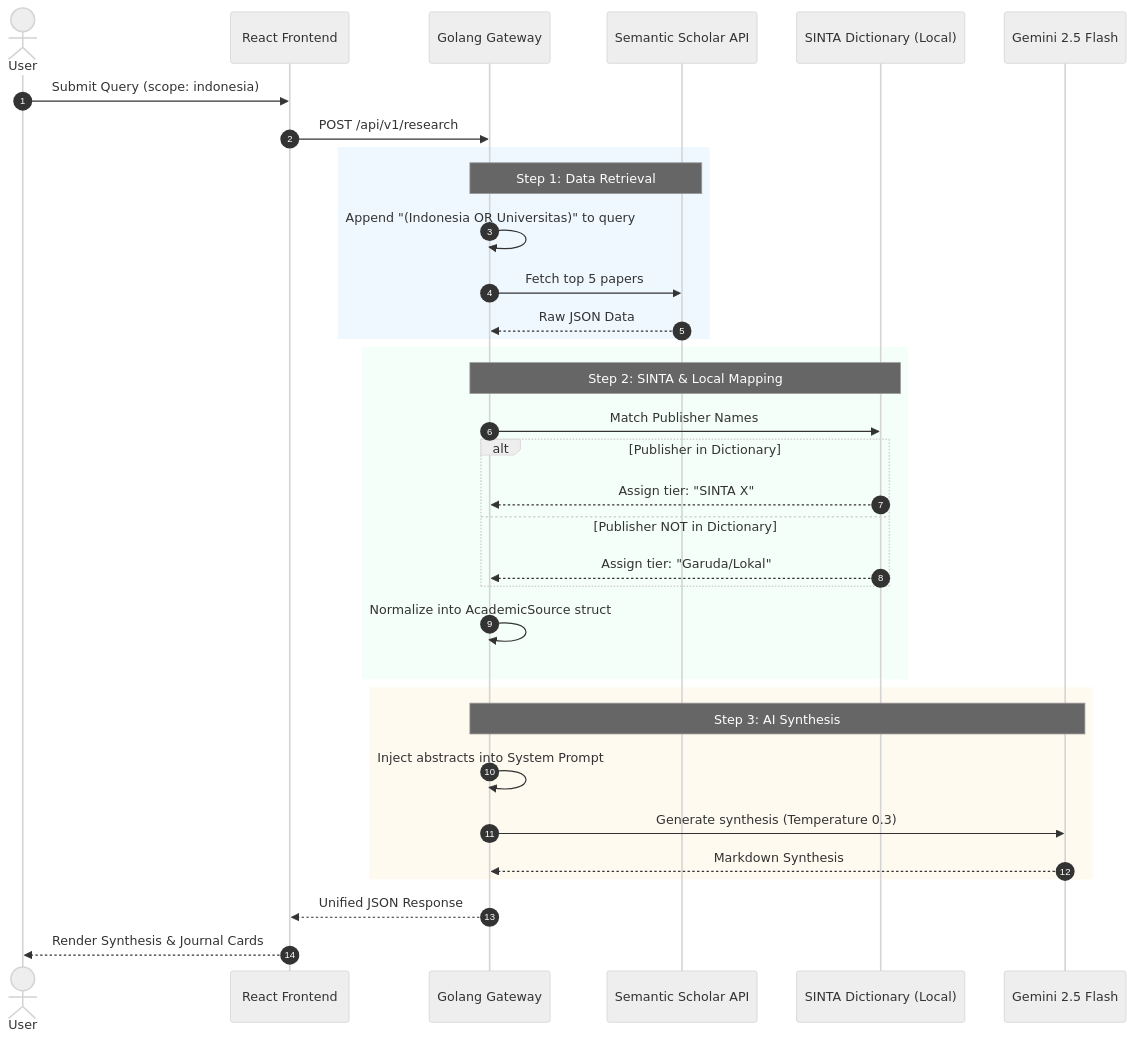
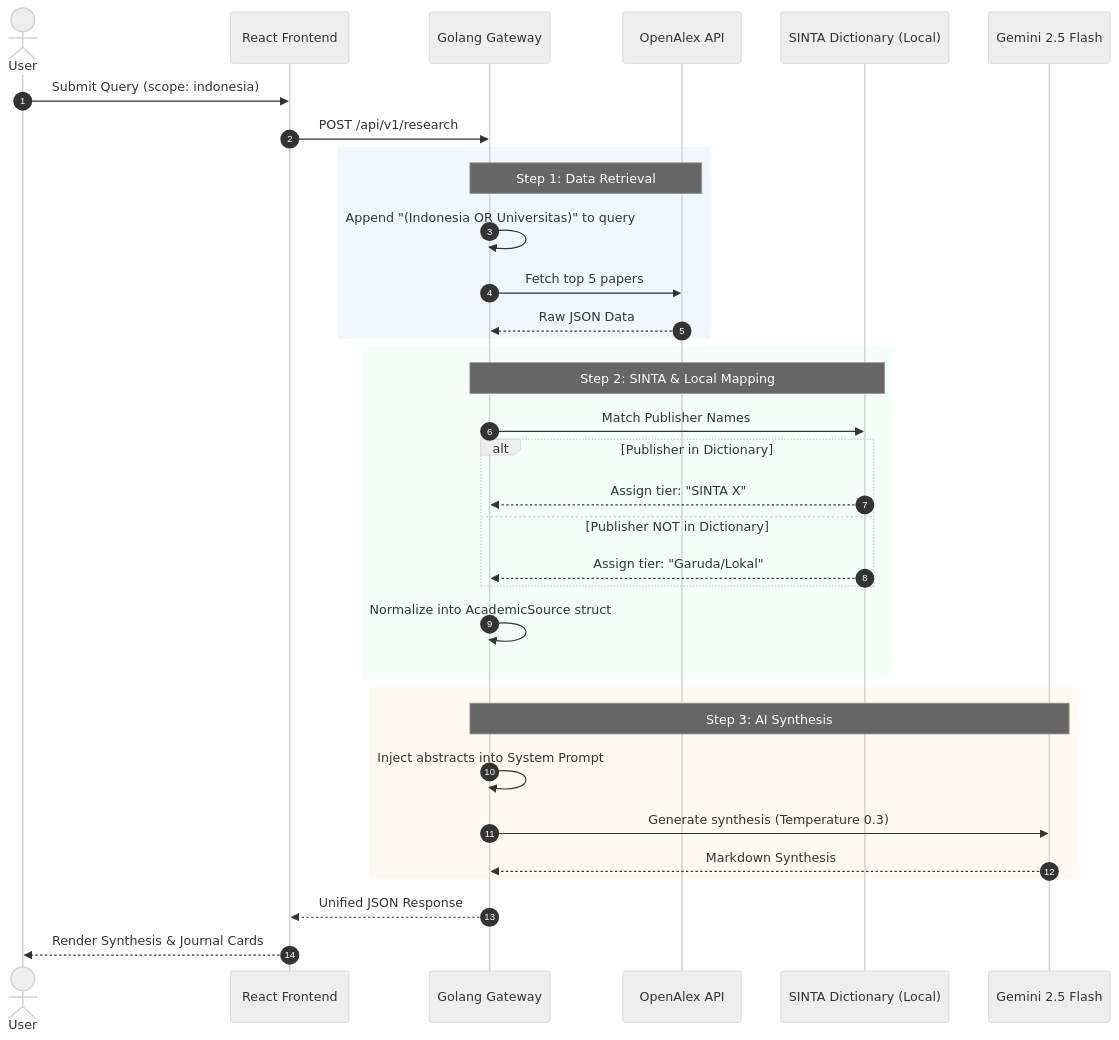
The diagram in docs/api-flow.md (Yogs4R/fuenzer-research), drawn with Mermaid (neutral theme) before and after one commit. The commit also changed other lines of this file and 14 other files, not shown here.

Commit message:
refactor(backend): migrate literature search engine from Semantic Scholar to OpenAlex API

````diff
--- a/docs/api-flow.md
+++ b/docs/api-flow.md
@@ -8,41 +8,41 @@
 ```mermaid
 sequenceDiagram
     autonumber
     actor User
     participant Frontend as React Frontend
     participant Gateway as Golang Gateway
-    participant Scholar as Semantic Scholar API
+    participant Scholar as OpenAlex API
     participant Dictionary as SINTA Dictionary (Local)
     participant AI as Gemini 2.5 Flash
 
     User->>Frontend: Submit Query (scope: indonesia)
     Frontend->>Gateway: POST /api/v1/research
     
     rect rgb(240, 248, 255)
         note over Gateway, Scholar: Step 1: Data Retrieval
         Gateway->>Gateway: Append "(Indonesia OR Universitas)" to query
         Gateway->>Scholar: Fetch top 5 papers
         Scholar-->>Gateway: Raw JSON Data
     end
 
     rect rgb(245, 255, 250)
         note over Gateway, Dictionary: Step 2: SINTA & Local Mapping
         Gateway->>Dictionary: Match Publisher Names
         alt Publisher in Dictionary
             Dictionary-->>Gateway: Assign tier: "SINTA X"
         else Publisher NOT in Dictionary
             Dictionary-->>Gateway: Assign tier: "Garuda/Lokal"
         end
         Gateway->>Gateway: Normalize into AcademicSource struct
     end
 
     rect rgb(255, 250, 240)
         note over Gateway, AI: Step 3: AI Synthesis
         Gateway->>Gateway: Inject abstracts into System Prompt
         Gateway->>AI: Generate synthesis (Temperature 0.3)
         AI-->>Gateway: Markdown Synthesis
     end
 
     Gateway-->>Frontend: Unified JSON Response
     Frontend-->>User: Render Synthesis & Journal Cards
 ```
````
